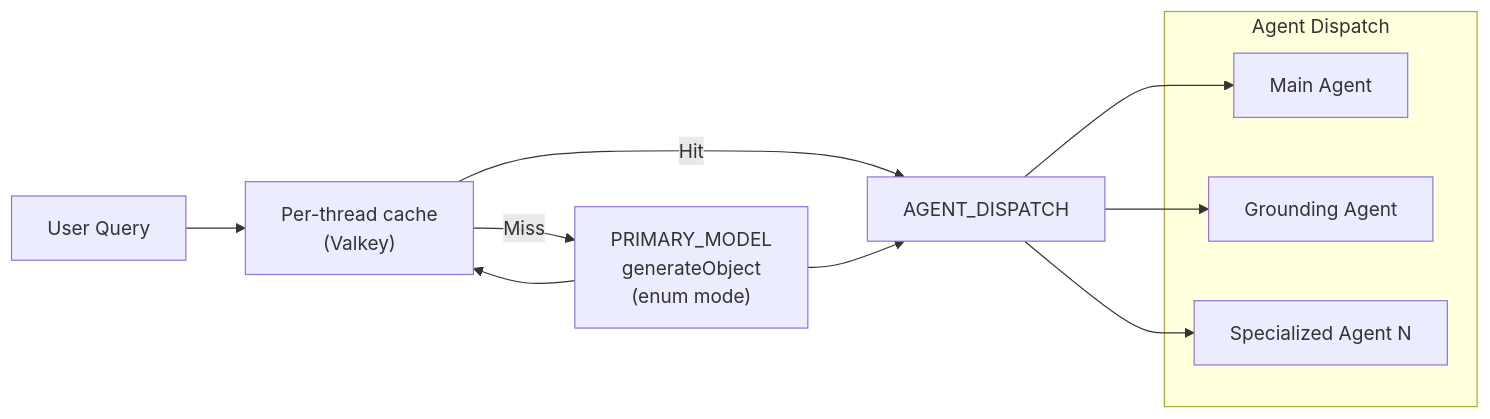
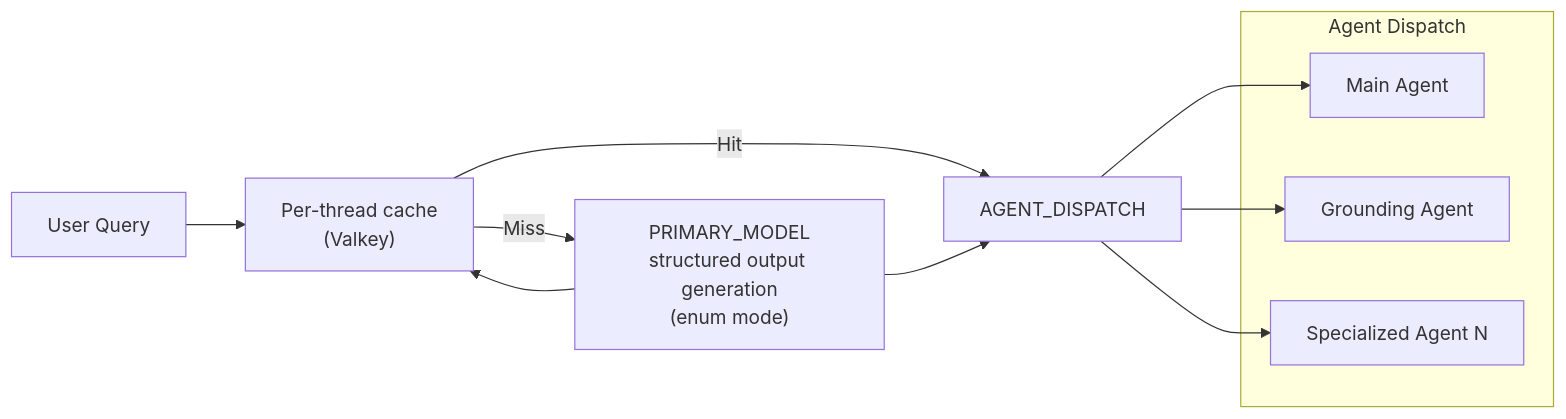
Before and after one commit to 1qh/safeagent: diagram 15 of 17 in plan/06-agents.md, drawn with Mermaid. The commit also changed other lines of this file and 18 other files, not shown here.

````diff
--- a/plan/06-agents.md
+++ b/plan/06-agents.md
@@ -593,20 +593,20 @@
 ```mermaid
 flowchart LR
     USER_QUERY["User Query"]
-    QUERY_CLASSIFIER["PRIMARY_MODEL<br/>generateObject<br/>(enum mode)"]
+    QUERY_CLASSIFIER["PRIMARY_MODEL<br/>structured output generation<br/>(enum mode)"]
     THREAD_CACHE["Per-thread cache<br/>(Valkey)"]
 
     USER_QUERY --> THREAD_CACHE
     THREAD_CACHE -->|Hit| AGENT_DISPATCH
     THREAD_CACHE -->|Miss| QUERY_CLASSIFIER
     QUERY_CLASSIFIER --> THREAD_CACHE
     QUERY_CLASSIFIER --> AGENT_DISPATCH
 
     subgraph DISPATCH_TARGETS["Agent Dispatch"]
         TARGET_MAIN_AGENT["Main Agent"]
         TARGET_GROUNDING_AGENT["Grounding Agent"]
         TARGET_SPECIALIZED_AGENT["Specialized Agent N"]
     end
 
     AGENT_DISPATCH --> TARGET_MAIN_AGENT & TARGET_GROUNDING_AGENT & TARGET_SPECIALIZED_AGENT
 ```
````
